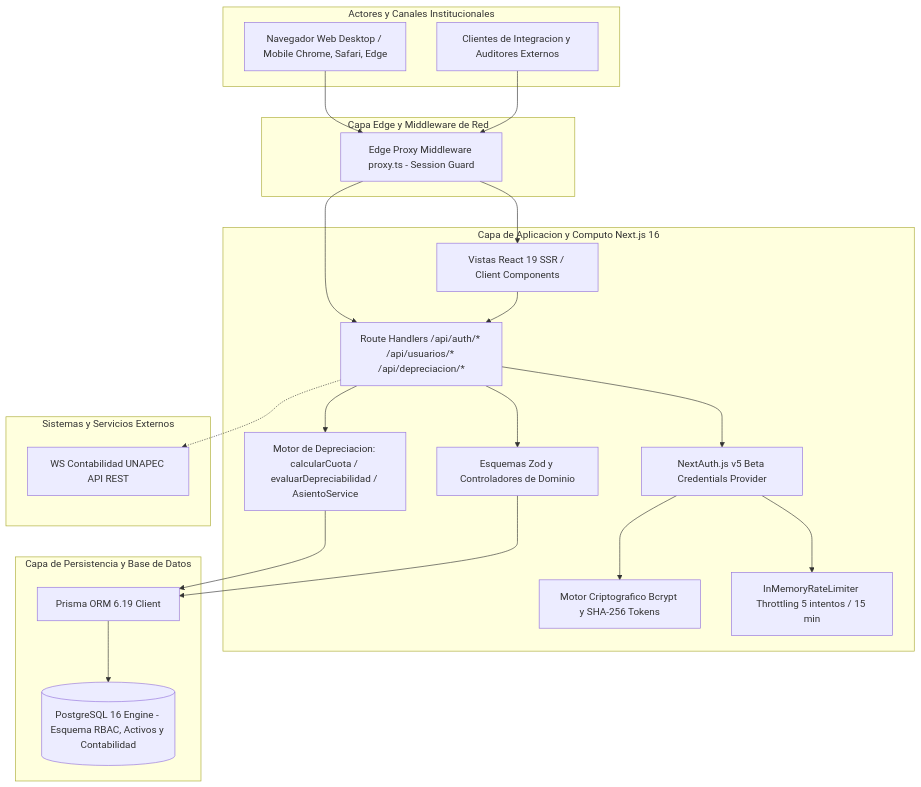
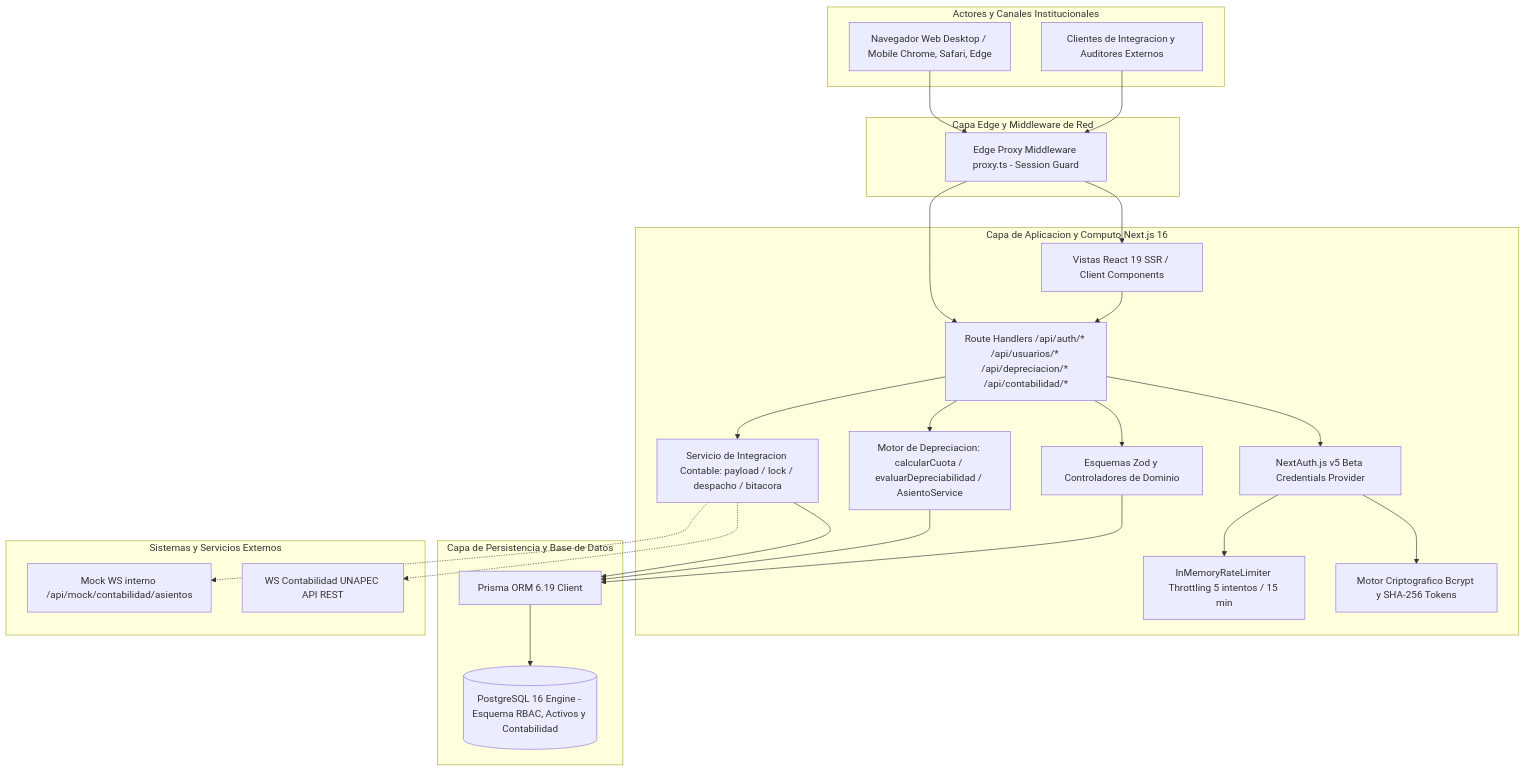
One commit to JeremyJS20/activa_core changed the diagram in docs/architecture/system-overview.md. Above: the diagram before and after it, drawn with Mermaid. The commit also changed other lines of this file and 7 other files, not shown here.

````diff
--- a/docs/architecture/system-overview.md
+++ b/docs/architecture/system-overview.md
@@ -38,45 +38,50 @@
 ```mermaid
 flowchart TB
     subgraph Users [Actores y Canales Institucionales]
         WebUser[Navegador Web Desktop / Mobile Chrome, Safari, Edge]
         ExtClient[Clientes de Integracion y Auditores Externos]
     end
 
     subgraph Edge [Capa Edge y Middleware de Red]
         Proxy[Edge Proxy Middleware proxy.ts - Session Guard]
     end
 
     subgraph AppLayer [Capa de Aplicacion y Computo Next.js 16]
         ClientViews[Vistas React 19 SSR / Client Components]
         AuthLayer[NextAuth.js v5 Beta Credentials Provider]
-        RouteHandlers[Route Handlers /api/auth/* /api/usuarios/* /api/depreciacion/*]
+        RouteHandlers[Route Handlers /api/auth/* /api/usuarios/* /api/depreciacion/* /api/contabilidad/*]
         DomainValidators[Esquemas Zod y Controladores de Dominio]
         DepreciationEngine[Motor de Depreciacion: calcularCuota / evaluarDepreciabilidad / AsientoService]
+        IntegrationEngine[Servicio de Integracion Contable: payload / lock / despacho / bitacora]
         CryptoEngine[Motor Criptografico Bcrypt y SHA-256 Tokens]
         RateLimiter[InMemoryRateLimiter Throttling 5 intentos / 15 min]
     end
 
     subgraph Persistence [Capa de Persistencia y Base de Datos]
         PrismaORM[Prisma ORM 6.19 Client]
         PostgresDB[(PostgreSQL 16 Engine - Esquema RBAC, Activos y Contabilidad)]
     end
 
     subgraph ExternalServices [Sistemas y Servicios Externos]
         WSContabilidad[WS Contabilidad UNAPEC API REST]
+        MockWS[Mock WS interno /api/mock/contabilidad/asientos]
     end
 
     WebUser --> Proxy
     ExtClient --> Proxy
     Proxy --> ClientViews
     Proxy --> RouteHandlers
     ClientViews --> RouteHandlers
     RouteHandlers --> AuthLayer
     RouteHandlers --> DomainValidators
     RouteHandlers --> DepreciationEngine
+    RouteHandlers --> IntegrationEngine
     DepreciationEngine --> PrismaORM
+    IntegrationEngine --> PrismaORM
+    IntegrationEngine -.-> WSContabilidad
+    IntegrationEngine -.-> MockWS
     AuthLayer --> CryptoEngine
     AuthLayer --> RateLimiter
     DomainValidators --> PrismaORM
     PrismaORM --> PostgresDB
-    RouteHandlers -.-> WSContabilidad
 ```
````
